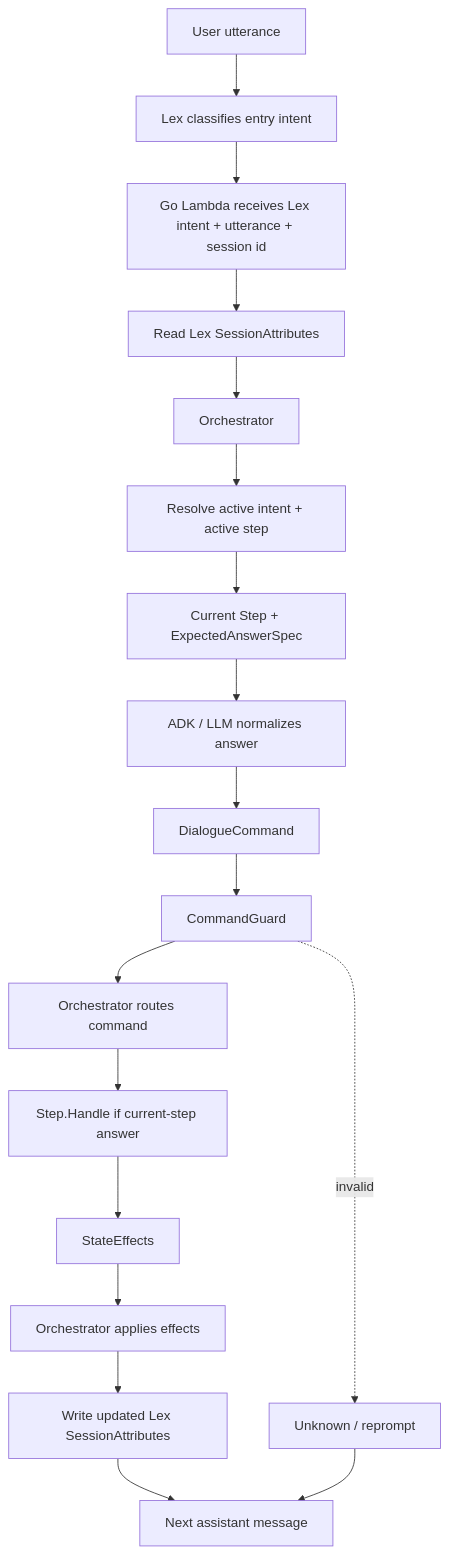
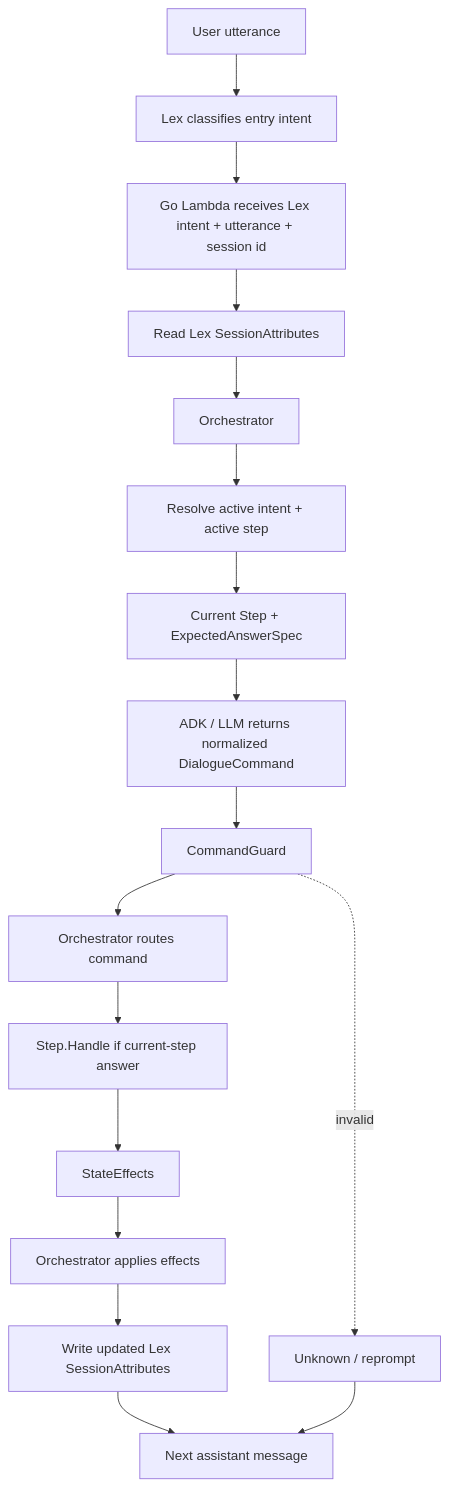
One commit to fghjkl007/adk-go-company-model-integration changed the first of 8 diagrams in docs/superpowers/specs/2026-06-07-intent-step-orchestration-confluence.md. Above: the diagram before and after it, drawn with Mermaid. The commit also changed other lines of this file, not shown here.

Commit message:
docs: merge llm normalization and command output

````diff
--- a/docs/superpowers/specs/2026-06-07-intent-step-orchestration-confluence.md
+++ b/docs/superpowers/specs/2026-06-07-intent-step-orchestration-confluence.md
@@ -27,21 +27,20 @@
 ```mermaid
 flowchart TD
   User["User utterance"] --> Lex["Lex classifies entry intent"]
   Lex --> Lambda["Go Lambda receives Lex intent + utterance + session id"]
   Lambda --> SessionRead["Read Lex SessionAttributes"]
   SessionRead --> Orchestrator["Orchestrator"]
   Orchestrator --> Active["Resolve active intent + active step"]
   Active --> Spec["Current Step + ExpectedAnswerSpec"]
-  Spec --> LLM["ADK / LLM normalizes answer"]
-  LLM --> Command["DialogueCommand"]
+  Spec --> Command["ADK / LLM returns normalized DialogueCommand"]
   Command --> Guard["CommandGuard"]
   Guard --> Route["Orchestrator routes command"]
   Route --> Step["Step.Handle if current-step answer"]
   Step --> Effects["StateEffects"]
   Effects --> Apply["Orchestrator applies effects"]
   Apply --> SessionWrite["Write updated Lex SessionAttributes"]
   SessionWrite --> Response["Next assistant message"]
 
   Guard -. "invalid" .-> Unknown["Unknown / reprompt"]
   Unknown --> Response
 ```
````
